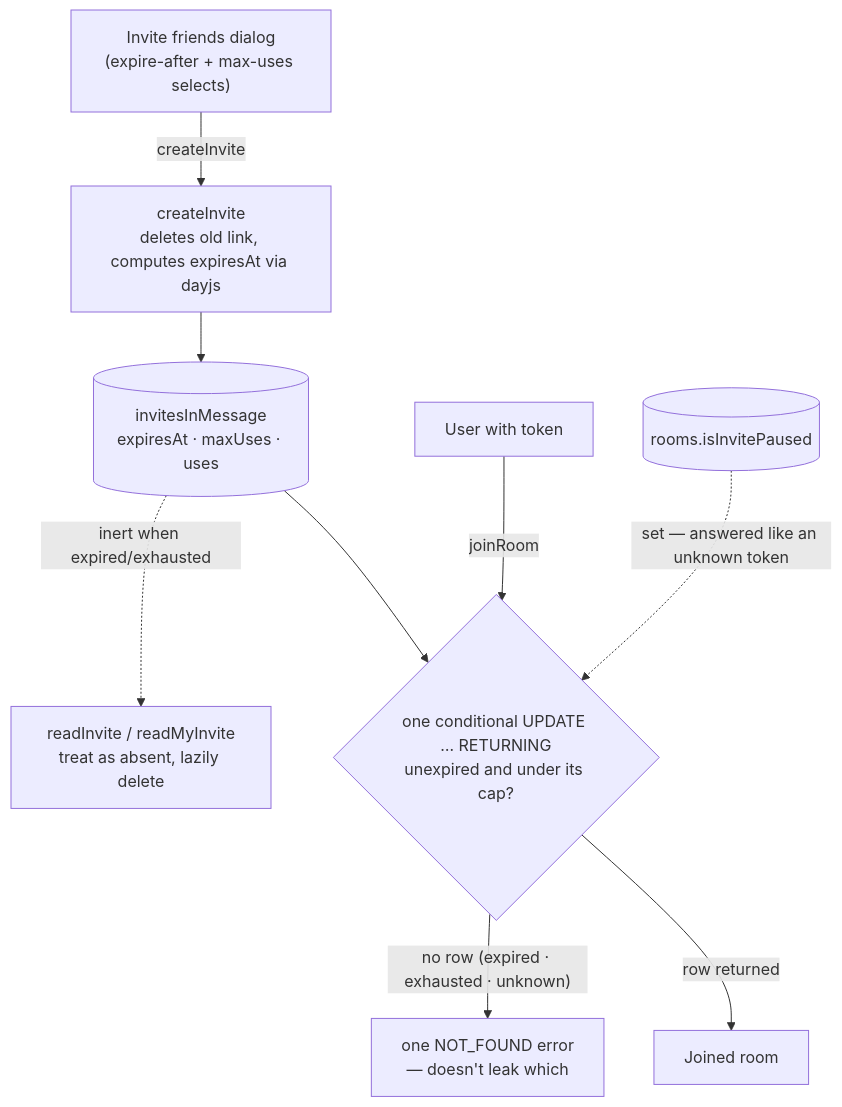
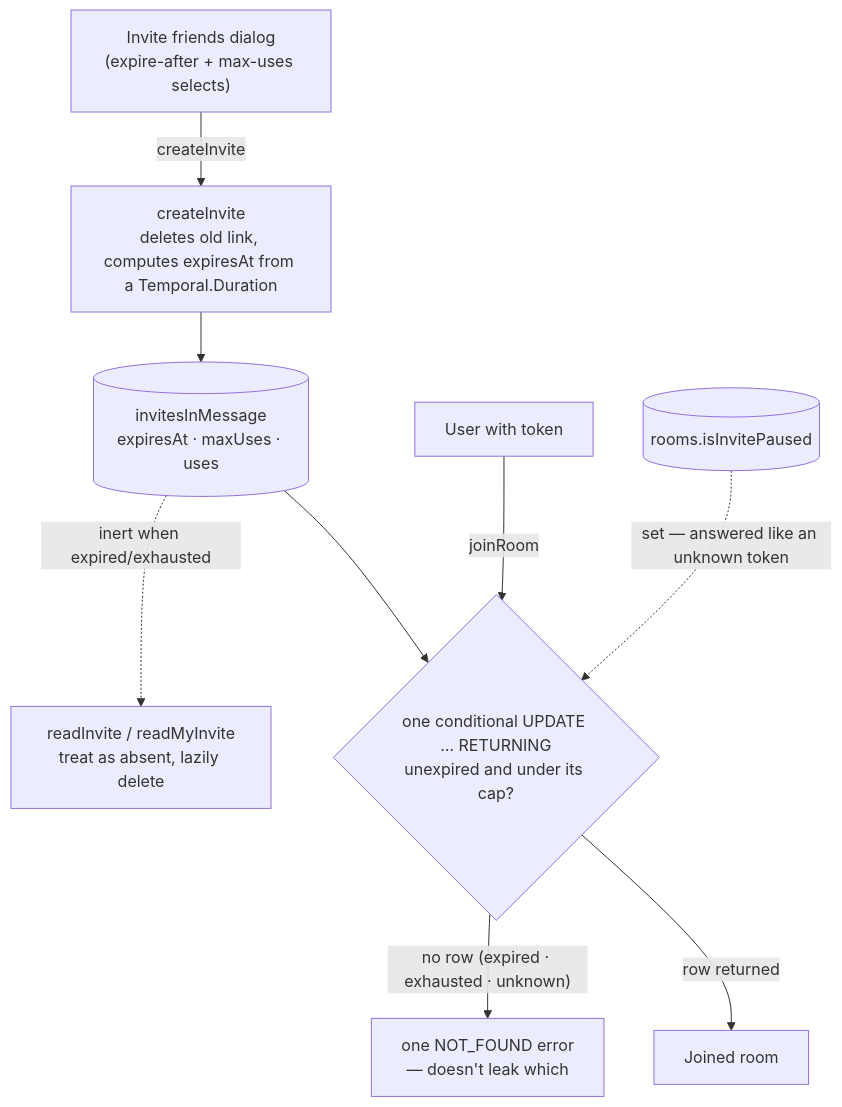
The diagram in packages/app/content/docs/esbabbler/invites.md (Esposter/Esposter), drawn with Mermaid before and after one commit. The commit also changed other lines of this file and 40 other files, not shown here.

````diff
--- a/packages/app/content/docs/esbabbler/invites.md
+++ b/packages/app/content/docs/esbabbler/invites.md
@@ -30,11 +30,11 @@
 ```mermaid
 flowchart TD
-    dialog["Invite friends dialog<br/>(expire-after + max-uses selects)"] -->|createInvite| create["createInvite<br/>deletes old link, computes expiresAt via dayjs"]
+    dialog["Invite friends dialog<br/>(expire-after + max-uses selects)"] -->|createInvite| create["createInvite<br/>deletes old link, computes expiresAt from a Temporal.Duration"]
     create --> row[("invitesInMessage<br/>expiresAt · maxUses · uses")]
     joiner["User with token"] -->|joinRoom| check{"one conditional UPDATE … RETURNING<br/>unexpired and under its cap?"}
     row --> check
     paused[("rooms.isInvitePaused")] -.->|"set — answered like an unknown token"| check
     check -->|row returned| member["Joined room"]
     check -->|"no row (expired · exhausted · unknown)"| invalid["one NOT_FOUND error<br/>— doesn't leak which"]
     row -.->|"inert when expired/exhausted"| reads["readInvite / readMyInvite<br/>treat as absent, lazily delete"]
 ```
````
